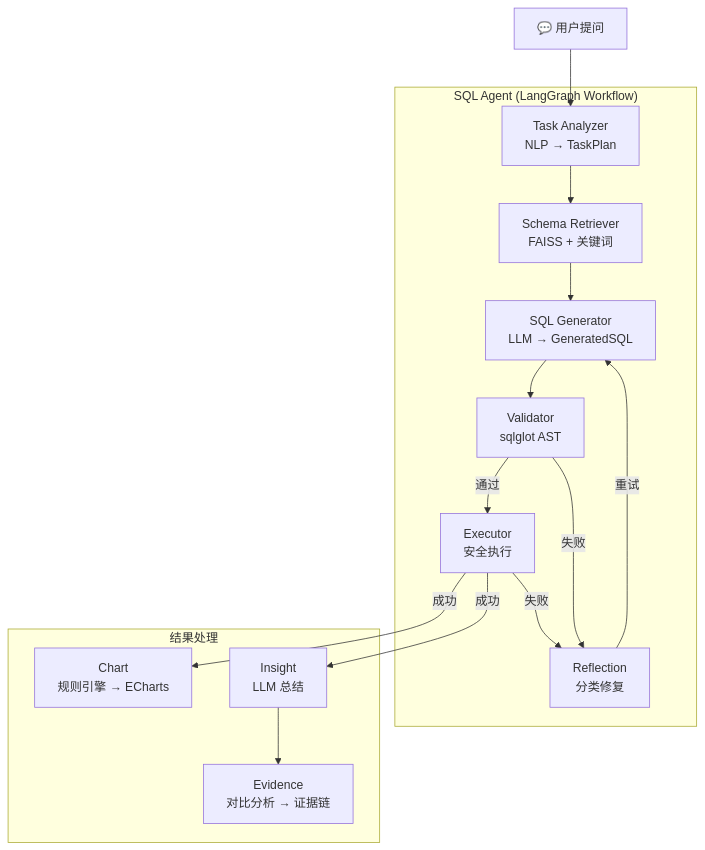
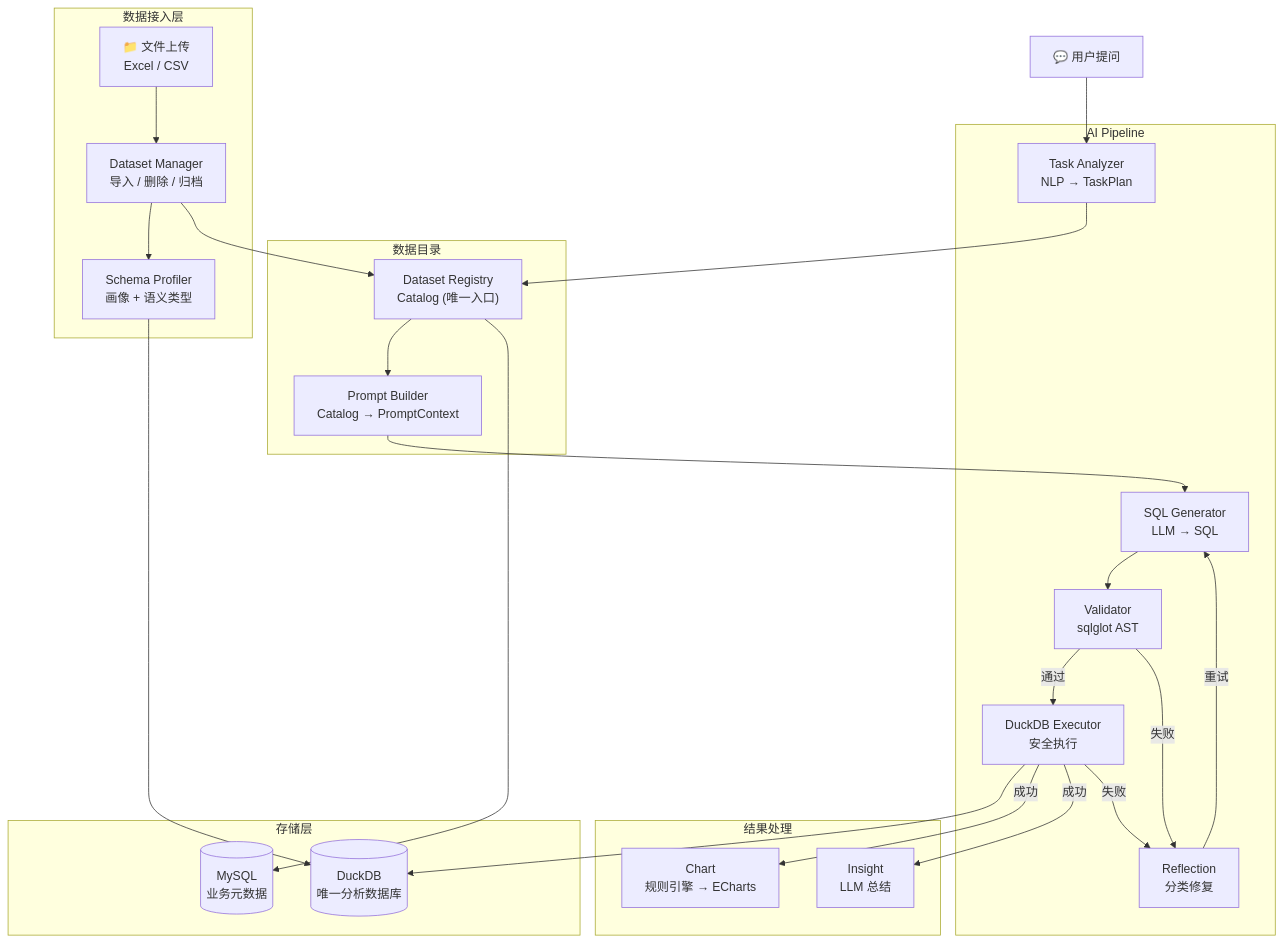
Before and after one commit to yaox2689-max/t2sAnalysis: the diagram in README.md, drawn with Mermaid. The commit also changed other lines of this file, not shown here.

First line of the commit message:
docs: rewrite README for DuckDB unified architecture

````diff
--- a/README.md
+++ b/README.md
@@ -5,31 +7,51 @@
 ```mermaid
 flowchart TB
     User["💬 用户提问"]
     User --> TaskAnalyzer
 
-    subgraph Agent["SQL Agent (LangGraph Workflow)"]
+    subgraph Ingestion["数据接入层"]
+        Upload["📁 文件上传<br/>Excel / CSV"]
+        DatasetManager["Dataset Manager<br/>导入 / 删除 / 归档"]
+        Profiler["Schema Profiler<br/>画像 + 语义类型"]
+    end
+
+    subgraph Catalog["数据目录"]
+        Registry["Dataset Registry<br/>Catalog (唯一入口)"]
+        PromptBuilder["Prompt Builder<br/>Catalog → PromptContext"]
+    end
+
+    subgraph Agent["AI Pipeline"]
         TaskAnalyzer["Task Analyzer<br/>NLP → TaskPlan"]
-        SchemaRetriever["Schema Retriever<br/>FAISS + 关键词"]
-        SQLGenerator["SQL Generator<br/>LLM → GeneratedSQL"]
+        SQLGenerator["SQL Generator<br/>LLM → SQL"]
         Validator["Validator<br/>sqlglot AST"]
-        Executor["Executor<br/>安全执行"]
+        Executor["DuckDB Executor<br/>安全执行"]
         Reflection["Reflection<br/>分类修复"]
     end
 
     subgraph Tools["结果处理"]
         Chart["Chart<br/>规则引擎 → ECharts"]
         Insight["Insight<br/>LLM 总结"]
-        Evidence["Evidence<br/>对比分析 → 证据链"]
     end
 
-    TaskAnalyzer --> SchemaRetriever
-    SchemaRetriever --> SQLGenerator
+    subgraph Storage["存储层"]
+        DuckDB[("DuckDB<br/>唯一分析数据库")]
+        MySQL[("MySQL<br/>业务元数据")]
+    end
+
+    Upload --> DatasetManager
+    DatasetManager --> Profiler
+    Profiler --> DuckDB
+    DatasetManager --> Registry
+    Registry --> PromptBuilder
+    PromptBuilder --> SQLGenerator
+    TaskAnalyzer --> Registry
     SQLGenerator --> Validator
     Validator -->|通过| Executor
     Validator -->|失败| Reflection
+    Executor --> DuckDB
     Executor -->|成功| Chart
     Executor -->|成功| Insight
     Executor -->|失败| Reflection
     Reflection -->|重试| SQLGenerator
-    Insight --> Evidence
+    Registry --> MySQL
 ```
````
